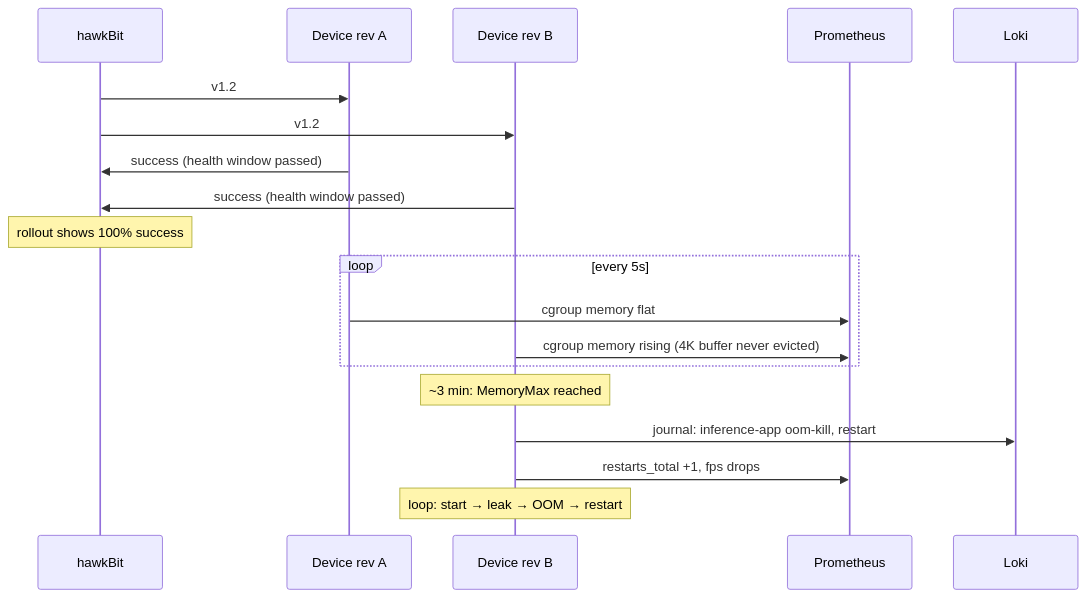
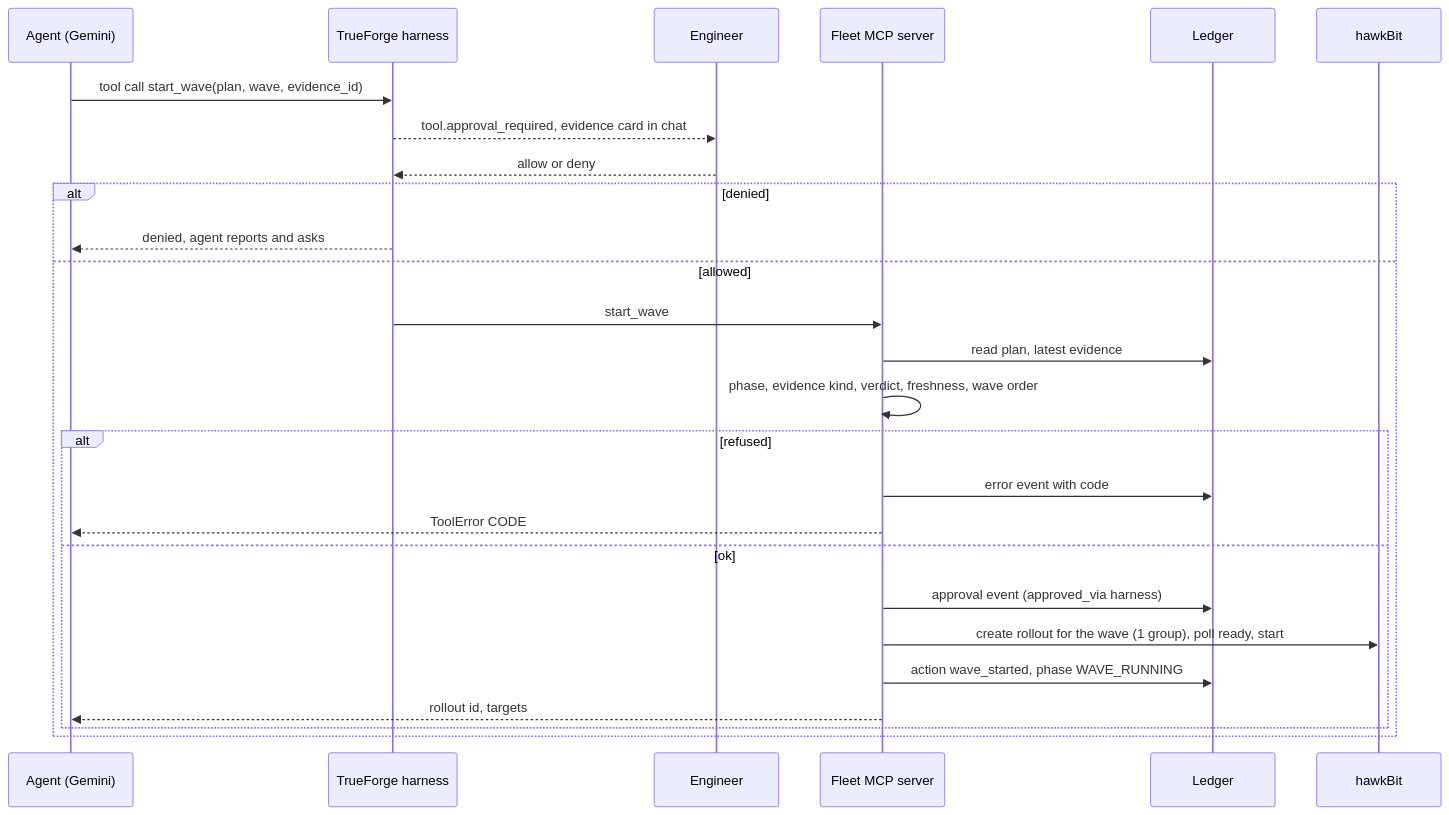
One commit to phoenixsac/wavebreak changed diagram 11 of 16 in docs/architecture.md. Above: the diagram before and after it, drawn with Mermaid. The commit also changed other lines of this file and 1 other file, not shown here.

First line of the commit message:
Reconcile architecture docs with code

````diff
--- a/docs/architecture.md
+++ b/docs/architecture.md
@@ -250,22 +393,29 @@
 ```mermaid
 sequenceDiagram
+    participant A as Agent (Gemini)
+    participant H as TrueForge harness
+    participant E as Engineer
+    participant S as Fleet MCP server
+    participant L as Ledger
     participant HB as hawkBit
-    participant A as Device rev A
-    participant B as Device rev B
-    participant P as Prometheus
-    participant L as Loki
 
-    HB->>A: v1.2
-    HB->>B: v1.2
-    A->>HB: success (health window passed)
-    B->>HB: success (health window passed)
-    Note over HB: rollout shows 100% success
-    loop every 5s
-        A->>P: cgroup memory flat
-        B->>P: cgroup memory rising (4K buffer never evicted)
+    A->>H: tool call start_wave(plan, wave, evidence_id)
+    H-->>E: tool.approval_required, evidence card in chat
+    E-->>H: allow or deny
+    alt denied
+        H-->>A: denied, agent reports and asks
+    else allowed
+        H->>S: start_wave
+        S->>L: read plan, latest evidence
+        S->>S: phase, evidence kind, verdict, freshness, wave order
+        alt refused
+            S->>L: error event with code
+            S-->>A: ToolError CODE
+        else ok
+            S->>L: approval event (approved_via harness)
+            S->>HB: create rollout for the wave (1 group), poll ready, start
+            S->>L: action wave_started, phase WAVE_RUNNING
+            S-->>A: rollout id, targets
+        end
     end
-    Note over B: ~3 min: MemoryMax reached
-    B->>L: journal: inference-app oom-kill, restart
-    B->>P: restarts_total +1, fps drops
-    Note over B: loop: start → leak → OOM → restart
 ```
````
